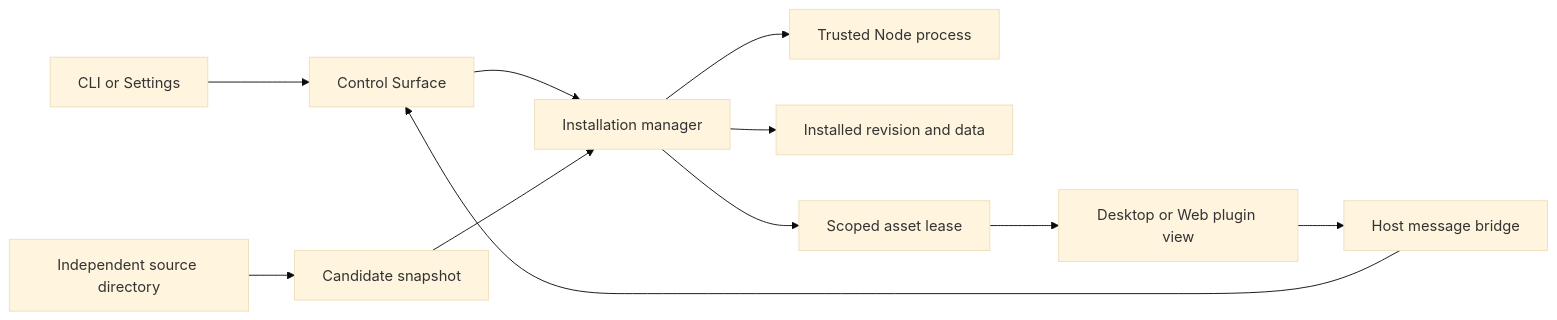
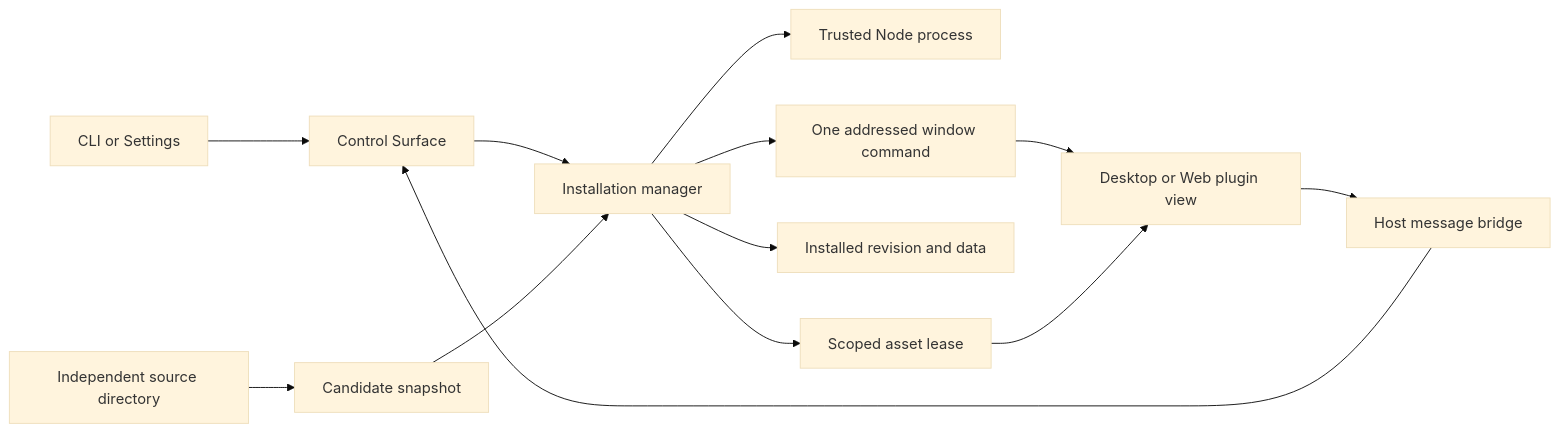
One commit to DeadWaveWave/opencove changed the diagram in docs/plugins/RUNTIME.md. Above: the diagram before and after it, drawn with Mermaid (base theme). The commit also changed other lines of this file and 62 other files, not shown here.

Commit message:
feat(plugins): add commands, skills and Worker-wide window ownership

````diff
--- a/docs/plugins/RUNTIME.md
+++ b/docs/plugins/RUNTIME.md
@@ -29,13 +34,15 @@
 ```mermaid
 flowchart LR
     CLI[CLI or Settings] --> Facade[Control Surface]
     Facade --> Manager[Installation manager]
     Source[Independent source directory] --> Snapshot[Candidate snapshot]
     Snapshot --> Manager
     Manager --> Child[Trusted Node process]
+    Manager --> Commands[One addressed window command]
+    Commands --> Frame
     Manager --> Registry[Installed revision and data]
     Manager --> Assets[Scoped asset lease]
     Assets --> Frame[Desktop or Web plugin view]
     Frame --> Bridge[Host message bridge]
     Bridge --> Facade
 ```
````
